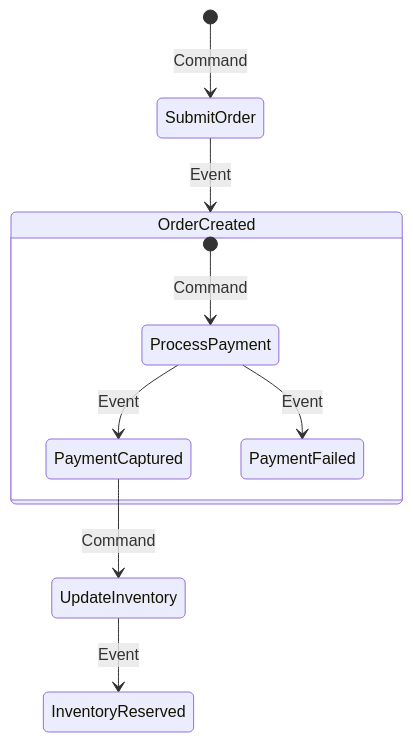
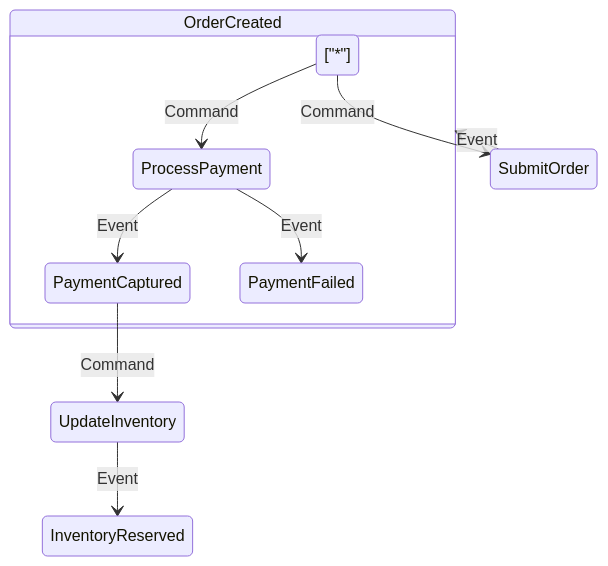
One commit to vesviet/vesviet changed the second of 2 diagrams in content/series/modular-monolith-architecture/part-3-ddd-module-boundaries.md. Above: the diagram before and after it, drawn with Mermaid. The commit also changed other lines of this file and 331 other files, not shown here.

````diff
--- a/content/series/modular-monolith-architecture/part-3-ddd-module-boundaries.md
+++ b/content/series/modular-monolith-architecture/part-3-ddd-module-boundaries.md
@@ -176,12 +178,12 @@
 ```mermaid
 stateDiagram-v2
-    [*] --> SubmitOrder : Command
+    ["*"] --> SubmitOrder : Command
     SubmitOrder --> OrderCreated : Event
     state OrderCreated {
-        [*] --> ProcessPayment : Command
+        ["*"] --> ProcessPayment : Command
         ProcessPayment --> PaymentCaptured : Event
         ProcessPayment --> PaymentFailed : Event
     }
     PaymentCaptured --> UpdateInventory : Command
     UpdateInventory --> InventoryReserved : Event
 ```
````
